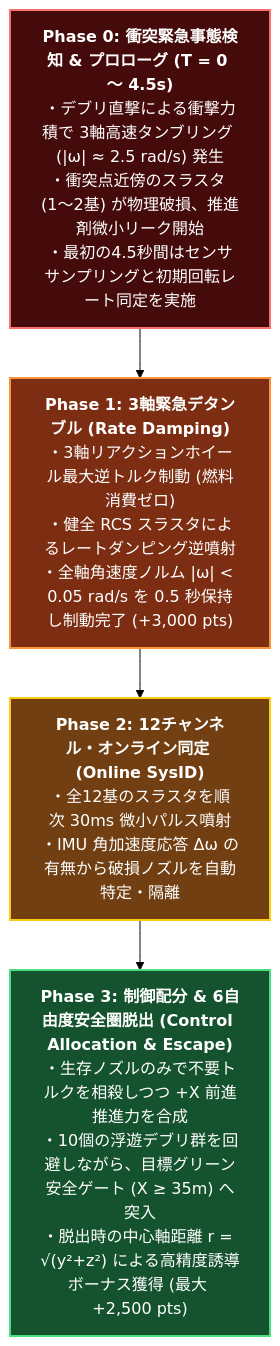
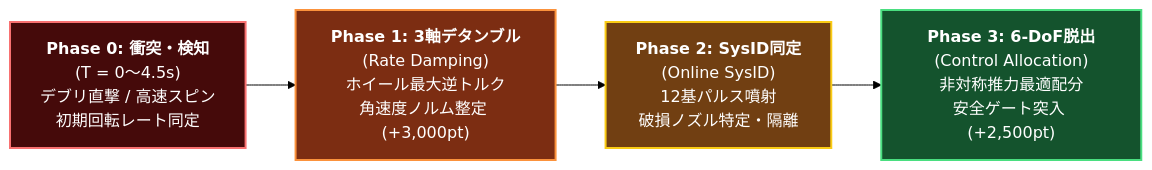
One commit to sirosiro/SpaceGuidance-FBB changed the second of 6 diagrams in README.md. Above: the diagram before and after it, drawn with Mermaid (forest theme). The commit also changed other lines of this file, not shown here.

First line of the commit message:
docs(readme): update mission phases and system architecture diagrams

````diff
--- a/README.md
+++ b/README.md
@@ -54,12 +54,12 @@
 ```mermaid
-flowchart TD
-    P0["<b>Phase 0: 衝突緊急事態検知 & プロローグ (T = 0 〜 4.5s)</b><br/>・デブリ直撃による衝撃力積で 3軸高速タンブリング (|ω| ≈ 2.5 rad/s) 発生<br/>・衝突点近傍のスラスタ (1〜2基) が物理破損、推進剤微小リーク開始<br/>・最初の4.5秒間はセンササンプリングと初期回転レート同定を実施"]
-    --> P1["<b>Phase 1: 3軸緊急デタンブル (Rate Damping)</b><br/>・3軸リアクションホイール最大逆トルク制動 (燃料消費ゼロ)<br/>・健全 RCS スラスタによるレートダンピング逆噴射<br/>・全軸角速度ノルム |ω| < 0.05 rad/s を 0.5 秒保持し制動完了 (+3,000 pts)"]
-    --> P2["<b>Phase 2: 12チャンネル・オンライン同定 (Online SysID)</b><br/>・全12基のスラスタを順次 30ms 微小パルス噴射<br/>・IMU 角加速度応答 Δω の有無から破損ノズルを自動特定・隔離"]
-    --> P3["<b>Phase 3: 制御配分 & 6自由度安全圏脱出 (Control Allocation & Escape)</b><br/>・生存ノズルのみで不要トルクを相殺しつつ +X 前進推進力を合成<br/>・10個の浮遊デブリ群を回避しながら、目標グリーン安全ゲート (X ≥ 35m) へ突入<br/>・脱出時の中心軸距離 r = √(y²+z²) による高精度誘導ボーナス獲得 (最大 +2,500 pts)"]
+graph LR
+    P0["<b>Phase 0: 衝突・検知</b><br/>(T = 0〜4.5s)<br/>デブリ直撃 / 高速スピン<br/>初期回転レート同定"]
+    --> P1["<b>Phase 1: 3軸デタンブル</b><br/>(Rate Damping)<br/>ホイール最大逆トルク<br/>角速度ノルム整定 (+3,000pt)"]
+    --> P2["<b>Phase 2: SysID同定</b><br/>(Online SysID)<br/>12基パルス噴射<br/>破損ノズル特定・隔離"]
+    --> P3["<b>Phase 3: 6-DoF脱出</b><br/>(Control Allocation)<br/>非対称推力最適配分<br/>安全ゲート突入 (+2,500pt)"]
 
     style P0 fill:#450a0a,stroke:#f87171,stroke-width:2px,color:#fff
     style P1 fill:#7c2d12,stroke:#fb923c,stroke-width:2px,color:#fff
     style P2 fill:#713f12,stroke:#facc15,stroke-width:2px,color:#fff
     style P3 fill:#14532d,stroke:#4ade80,stroke-width:2px,color:#fff
 ```
````
